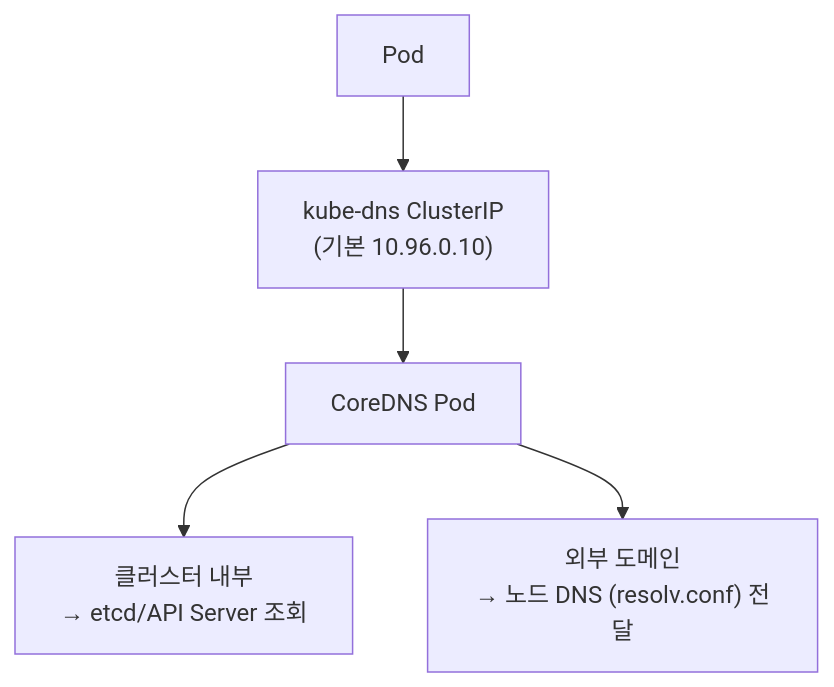
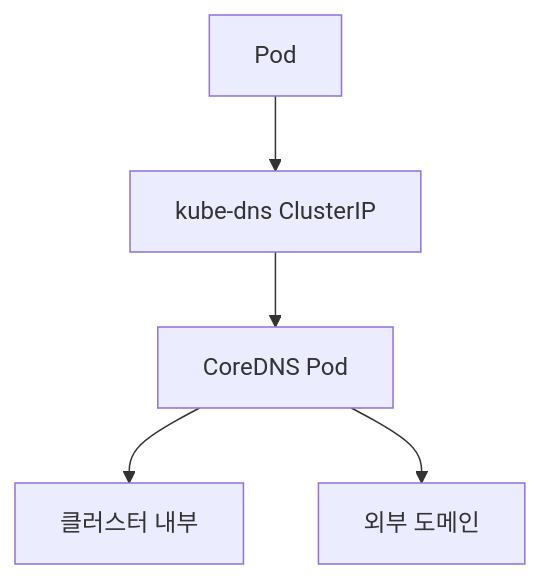
The third of 3 diagrams in content/linux/network-basics/dns-config.md (moonblueblue/devops-wiki), drawn with Mermaid before and after one commit. The commit also changed other lines of this file and 37 other files, not shown here.

First line of the commit message:
style: linux 카테고리 ASCII 도표·Mermaid 라벨 형식 교정

````diff
--- a/content/linux/network-basics/dns-config.md
+++ b/content/linux/network-basics/dns-config.md
@@ -485,8 +502,8 @@
 ```mermaid
 graph TD
     POD["Pod"]
-    --> KDNS["kube-dns ClusterIP<br/>(기본 10.96.0.10)"]
+    --> KDNS["kube-dns ClusterIP"]
     --> COREDNS["CoreDNS Pod"]
-    COREDNS --> INTERNAL["클러스터 내부<br/>→ etcd/API Server 조회"]
-    COREDNS --> EXTERNAL["외부 도메인<br/>→ 노드 DNS (resolv.conf) 전달"]
+    COREDNS --> INTERNAL["클러스터 내부"]
+    COREDNS --> EXTERNAL["외부 도메인"]
 ```
````
